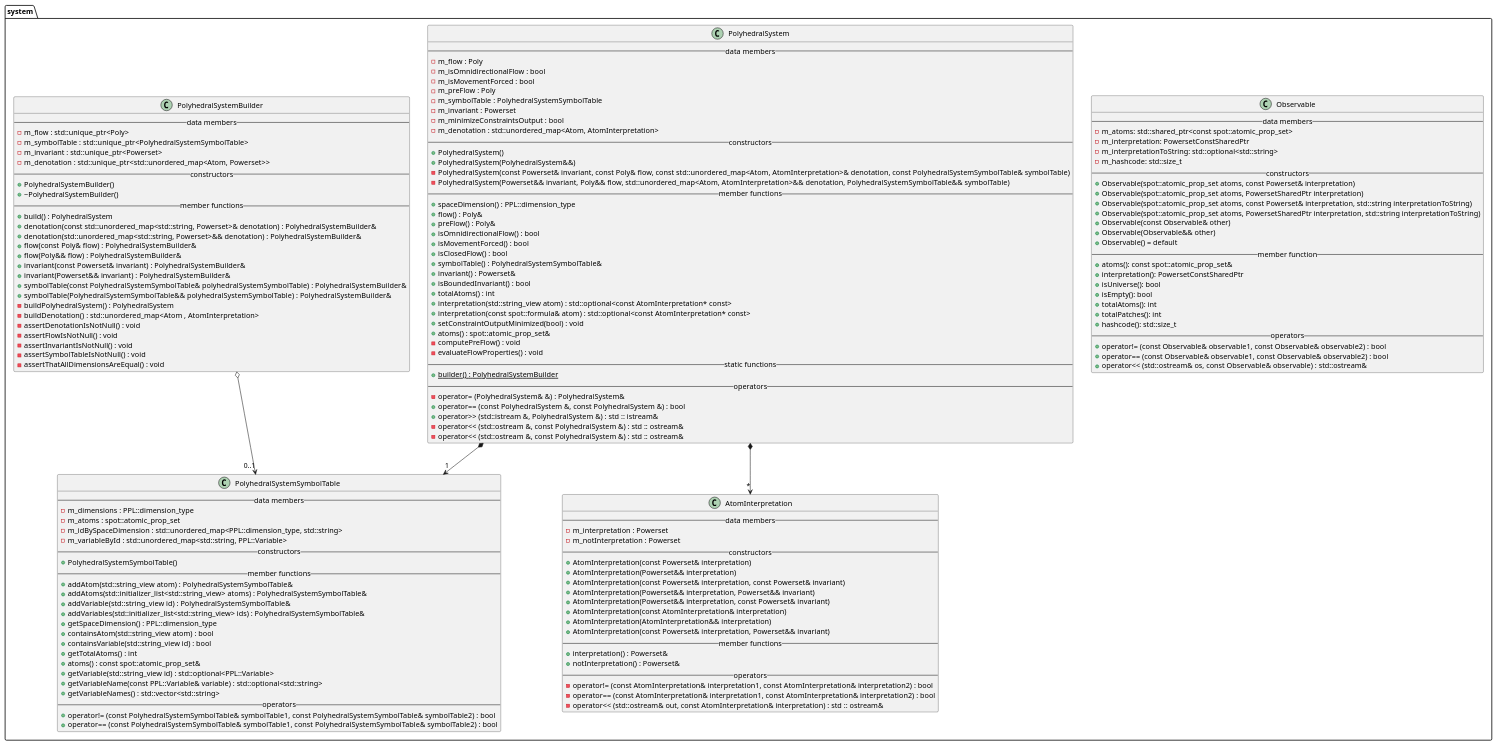
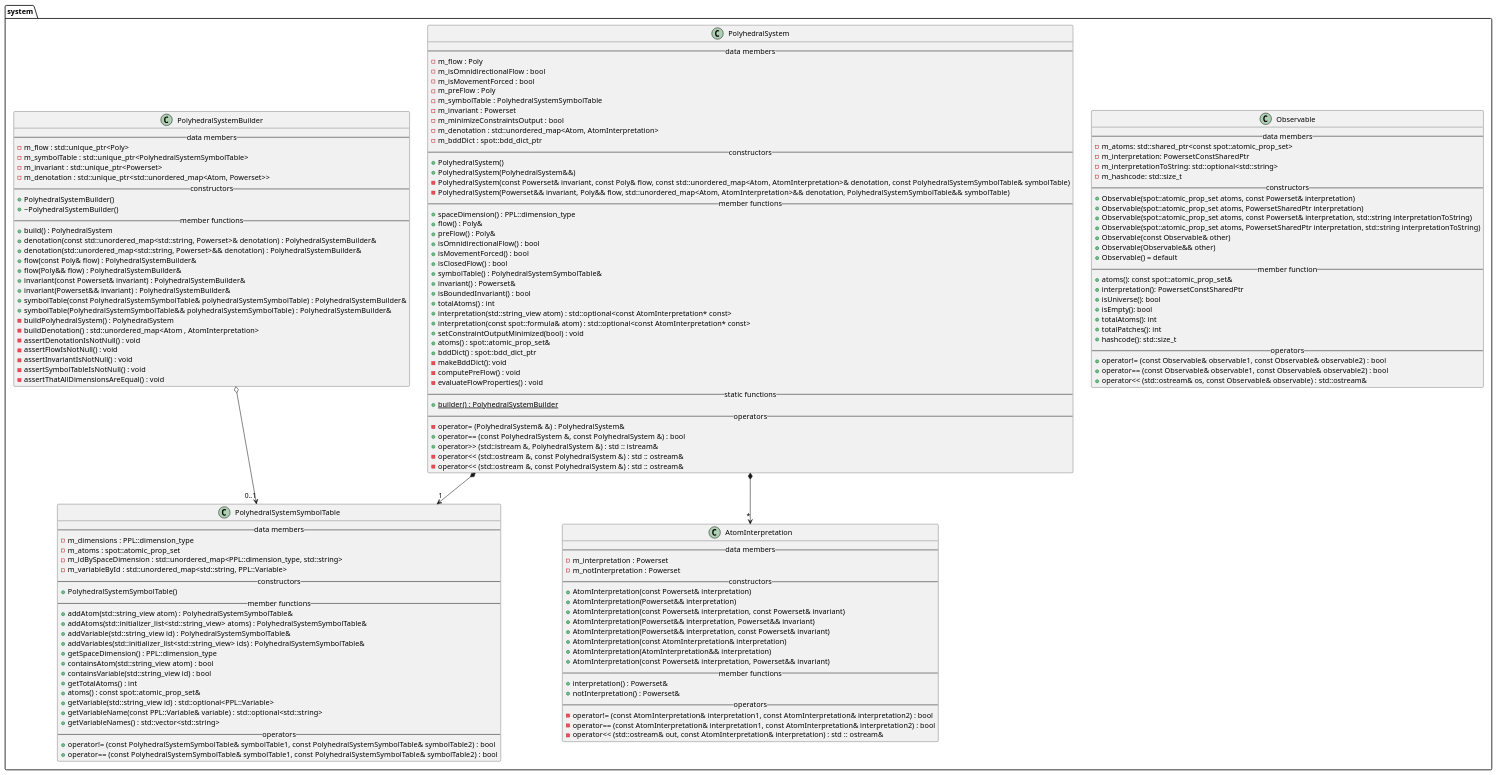
Before and after one commit to vtramo/rtl-mc: the diagram in docs/plantuml/system.puml, drawn with PlantUML. The commit also changed 4 other files, not shown here.

First line of the commit message:
feat(system): add bdd dict in PolyhedralSystem

```diff
--- a/docs/plantuml/system.puml
+++ b/docs/plantuml/system.puml
@@ -1,153 +1,156 @@
 @startuml
 package system {
     class Observable {
         --data members--
         -m_atoms: std::shared_ptr<const spot::atomic_prop_set>
         -m_interpretation: PowersetConstSharedPtr
         -m_interpretationToString: std::optional<std::string>
         -m_hashcode: std::size_t
         --constructors--
         +Observable(spot::atomic_prop_set atoms, const Powerset& interpretation)
         +Observable(spot::atomic_prop_set atoms, PowersetSharedPtr interpretation)
         +Observable(spot::atomic_prop_set atoms, const Powerset& interpretation, std::string interpretationToString)
         +Observable(spot::atomic_prop_set atoms, PowersetSharedPtr interpretation, std::string interpretationToString)
         +Observable(const Observable& other)
         +Observable(Observable&& other)
         +Observable() = default
         --member function--
         +atoms(): const spot::atomic_prop_set&
         +interpretation(): PowersetConstSharedPtr
         +isUniverse(): bool
         +isEmpty(): bool
         +totalAtoms(): int
         +totalPatches(): int
         +hashcode(): std::size_t
         --operators--
         +operator!= (const Observable& observable1, const Observable& observable2) : bool
         +operator== (const Observable& observable1, const Observable& observable2) : bool
         +operator<< (std::ostream& os, const Observable& observable) : std::ostream&
     }
 
     class AtomInterpretation {
         --data members--
         -m_interpretation : Powerset
         -m_notInterpretation : Powerset
         --constructors--
         +AtomInterpretation(const Powerset& interpretation)
         +AtomInterpretation(Powerset&& interpretation)
         +AtomInterpretation(const Powerset& interpretation, const Powerset& invariant)
         +AtomInterpretation(Powerset&& interpretation, Powerset&& invariant)
         +AtomInterpretation(Powerset&& interpretation, const Powerset& invariant)
         +AtomInterpretation(const AtomInterpretation& interpretation)
         +AtomInterpretation(AtomInterpretation&& interpretation)
         +AtomInterpretation(const Powerset& interpretation, Powerset&& invariant)
         --member functions--
         +interpretation() : Powerset&
         +notInterpretation() : Powerset&
         --operators--
         -operator!= (const AtomInterpretation& interpretation1, const AtomInterpretation& interpretation2) : bool
         -operator== (const AtomInterpretation& interpretation1, const AtomInterpretation& interpretation2) : bool
         -operator<< (std::ostream& out, const AtomInterpretation& interpretation) : std :: ostream&
     }
 
     class PolyhedralSystem {
         --data members--
         -m_flow : Poly
         -m_isOmnidirectionalFlow : bool
         -m_isMovementForced : bool
         -m_preFlow : Poly
         -m_symbolTable : PolyhedralSystemSymbolTable
         -m_invariant : Powerset
         -m_minimizeConstraintsOutput : bool
         -m_denotation : std::unordered_map<Atom, AtomInterpretation>
+        -m_bddDict : spot::bdd_dict_ptr
         --constructors--
         +PolyhedralSystem()
         +PolyhedralSystem(PolyhedralSystem&&)
         -PolyhedralSystem(const Powerset& invariant, const Poly& flow, const std::unordered_map<Atom, AtomInterpretation>& denotation, const PolyhedralSystemSymbolTable& symbolTable)
         -PolyhedralSystem(Powerset&& invariant, Poly&& flow, std::unordered_map<Atom, AtomInterpretation>&& denotation, PolyhedralSystemSymbolTable&& symbolTable)
         --member functions--
         +spaceDimension() : PPL::dimension_type
         +flow() : Poly&
         +preFlow() : Poly&
         +isOmnidirectionalFlow() : bool
         +isMovementForced() : bool
         +isClosedFlow() : bool
         +symbolTable() : PolyhedralSystemSymbolTable&
         +invariant() : Powerset&
         +isBoundedInvariant() : bool
         +totalAtoms() : int
         +interpretation(std::string_view atom) : std::optional<const AtomInterpretation* const>
         +interpretation(const spot::formula& atom) : std::optional<const AtomInterpretation* const>
         +setConstraintOutputMinimized(bool) : void
         +atoms() : spot::atomic_prop_set&
+        +bddDict() : spot::bdd_dict_ptr
+        -makeBddDict(): void
         -computePreFlow() : void
         -evaluateFlowProperties() : void
         --static functions--
         +{static} builder() : PolyhedralSystemBuilder
         --operators--
         -operator= (PolyhedralSystem& &) : PolyhedralSystem&
         +operator== (const PolyhedralSystem &, const PolyhedralSystem &) : bool
         +operator>> (std::istream &, PolyhedralSystem &) : std :: istream&
         -operator<< (std::ostream &, const PolyhedralSystem &) : std :: ostream&
         -operator<< (std::ostream &, const PolyhedralSystem &) : std :: ostream&
     }
 
     class PolyhedralSystemBuilder {
         --data members--
         -m_flow : std::unique_ptr<Poly>
         -m_symbolTable : std::unique_ptr<PolyhedralSystemSymbolTable>
         -m_invariant : std::unique_ptr<Powerset>
         -m_denotation : std::unique_ptr<std::unordered_map<Atom, Powerset>>
         --constructors--
         +PolyhedralSystemBuilder()
         +~PolyhedralSystemBuilder()
         --member functions--
         +build() : PolyhedralSystem
         +denotation(const std::unordered_map<std::string, Powerset>& denotation) : PolyhedralSystemBuilder&
         +denotation(std::unordered_map<std::string, Powerset>&& denotation) : PolyhedralSystemBuilder&
         +flow(const Poly& flow) : PolyhedralSystemBuilder&
         +flow(Poly&& flow) : PolyhedralSystemBuilder&
         +invariant(const Powerset& invariant) : PolyhedralSystemBuilder&
         +invariant(Powerset&& invariant) : PolyhedralSystemBuilder&
         +symbolTable(const PolyhedralSystemSymbolTable& polyhedralSystemSymbolTable) : PolyhedralSystemBuilder&
         +symbolTable(PolyhedralSystemSymbolTable&& polyhedralSystemSymbolTable) : PolyhedralSystemBuilder&
         -buildPolyhedralSystem() : PolyhedralSystem
         -buildDenotation() : std::unordered_map<Atom , AtomInterpretation>
         -assertDenotationIsNotNull() : void
         -assertFlowIsNotNull() : void
         -assertInvariantIsNotNull() : void
         -assertSymbolTableIsNotNull() : void
         -assertThatAllDimensionsAreEqual() : void
     }
 
     class PolyhedralSystemSymbolTable {
         --data members--
         -m_dimensions : PPL::dimension_type
         -m_atoms : spot::atomic_prop_set
         -m_idBySpaceDimension : std::unordered_map<PPL::dimension_type, std::string>
         -m_variableById : std::unordered_map<std::string, PPL::Variable>
         --constructors--
         +PolyhedralSystemSymbolTable()
         --member functions--
         +addAtom(std::string_view atom) : PolyhedralSystemSymbolTable&
         +addAtoms(std::initializer_list<std::string_view> atoms) : PolyhedralSystemSymbolTable&
         +addVariable(std::string_view id) : PolyhedralSystemSymbolTable&
         +addVariables(std::initializer_list<std::string_view> ids) : PolyhedralSystemSymbolTable&
         +getSpaceDimension() : PPL::dimension_type
         +containsAtom(std::string_view atom) : bool
         +containsVariable(std::string_view id) : bool
         +getTotalAtoms() : int
         +atoms() : const spot::atomic_prop_set&
         +getVariable(std::string_view id) : std::optional<PPL::Variable>
         +getVariableName(const PPL::Variable& variable) : std::optional<std::string>
         +getVariableNames() : std::vector<std::string>
         --operators--
         +operator!= (const PolyhedralSystemSymbolTable& symbolTable1, const PolyhedralSystemSymbolTable& symbolTable2) : bool
         +operator== (const PolyhedralSystemSymbolTable& symbolTable1, const PolyhedralSystemSymbolTable& symbolTable2) : bool
     }
 
     PolyhedralSystem *-->"*" AtomInterpretation
     PolyhedralSystem *-->"1" PolyhedralSystemSymbolTable
     PolyhedralSystemBuilder o-->"0..1" PolyhedralSystemSymbolTable
 }
 @enduml
```
